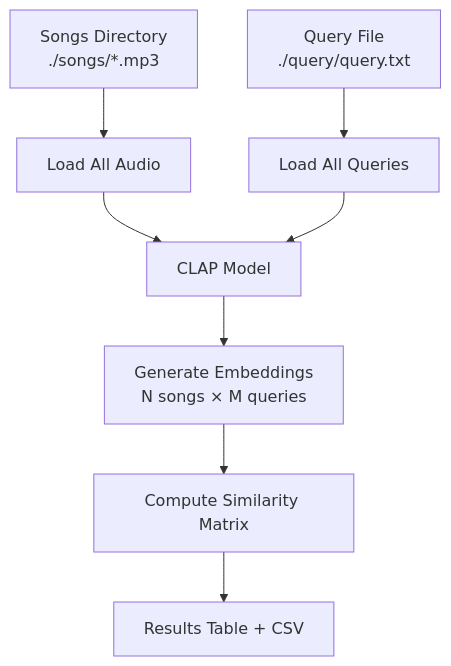
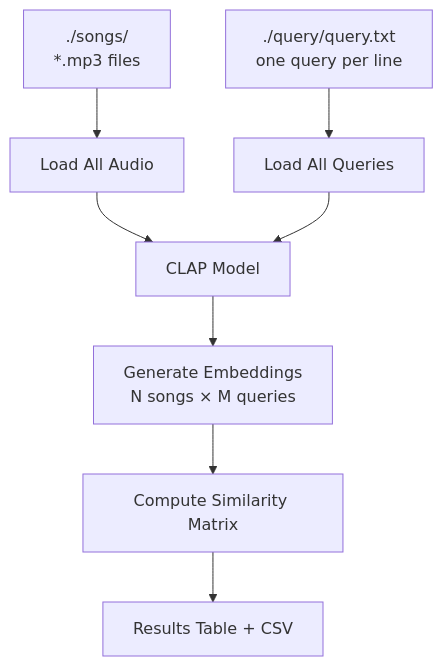
Before and after one commit to gcolangiulisuse/hw25-song-search: the second of 2 diagrams in docs/2-initial_implementation.md, drawn with Mermaid. The commit also changed other lines of this file, not shown here.

Commit message:
documentation update

````diff
--- a/docs/2-initial_implementation.md
+++ b/docs/2-initial_implementation.md
@@ -34,10 +34,10 @@
 ```mermaid
 graph TD
-    A[Songs Directory<br/>./songs/*.mp3] --> C[Load All Audio]
-    B[Query File<br/>./query/query.txt] --> D[Load All Queries]
+    A[./songs/<br/>*.mp3 files] --> C[Load All Audio]
+    B[./query/query.txt<br/>one query per line] --> D[Load All Queries]
     C --> E[CLAP Model]
     D --> E
     E --> F[Generate Embeddings<br/>N songs × M queries]
     F --> G[Compute Similarity Matrix]
     G --> H[Results Table + CSV]
 ```
````
